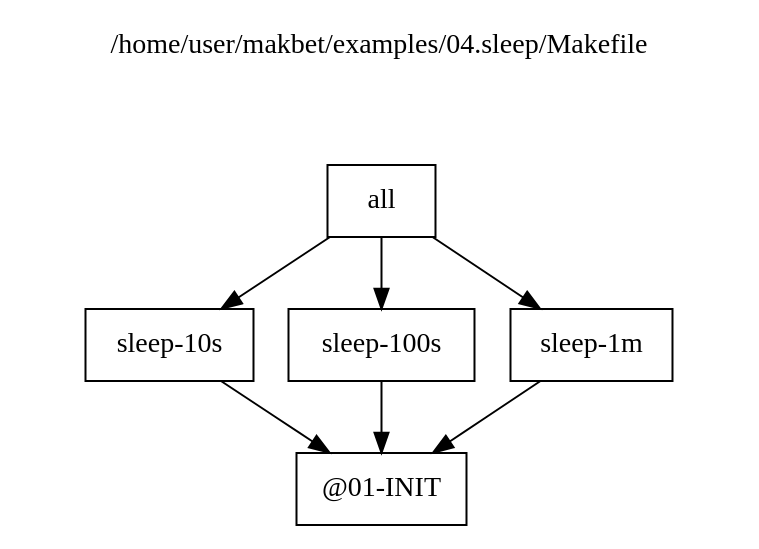
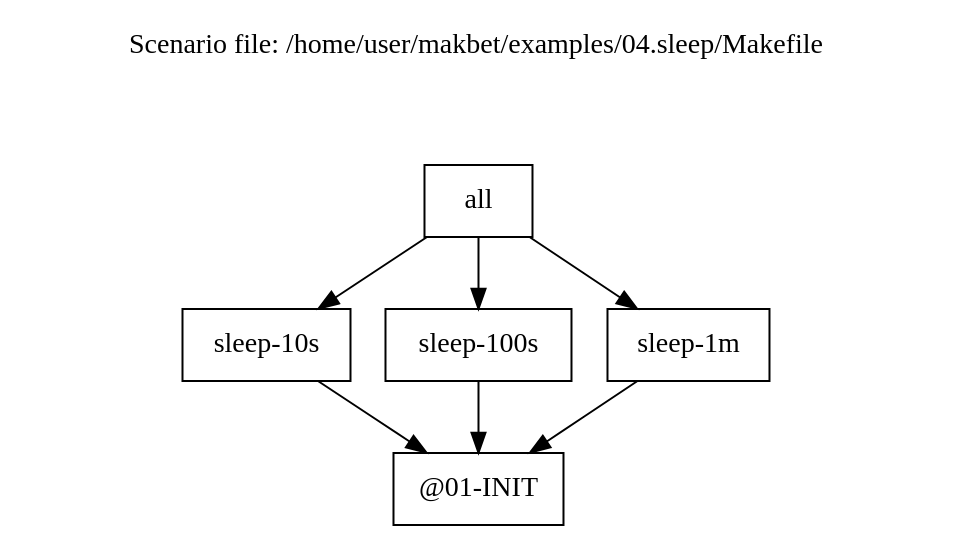
The diagram in docs/examples/04.sleep/results.dot (skaluzka/makbet), drawn with Graphviz before and after one commit. The commit also changed 11 other files, not shown here.

```diff
--- a/docs/examples/04.sleep/results.dot
+++ b/docs/examples/04.sleep/results.dot
@@ -1,30 +1,30 @@
 digraph {
 
 // This file has been generated by makbet heads/master-0-g88262d1
 // Generation date: Sat 22 Aug 2020 10:29:46 PM CEST
-// Input: /home/user/makbet/examples/04.sleep/Makefile
+// Scenario file: /home/user/makbet/examples/04.sleep/Makefile
 
 // Graph title.
 labelloc="t";
-label="/home/user/makbet/examples/04.sleep/Makefile\n\n\n\n"
+label="Scenario file: /home/user/makbet/examples/04.sleep/Makefile\n\n\n\n"
 
 // Node options.
 node [shape=box];
 
 
 "@01-INIT";
 
 "all" -> "sleep-10s";
 "all" -> "sleep-100s";
 "all" -> "sleep-1m";
 
 "sleep-100s" -> "@01-INIT";
 
 "sleep-10s" -> "@01-INIT";
 
 "sleep-1m" -> "@01-INIT";
 
 }
 
 
 // End of file
```
